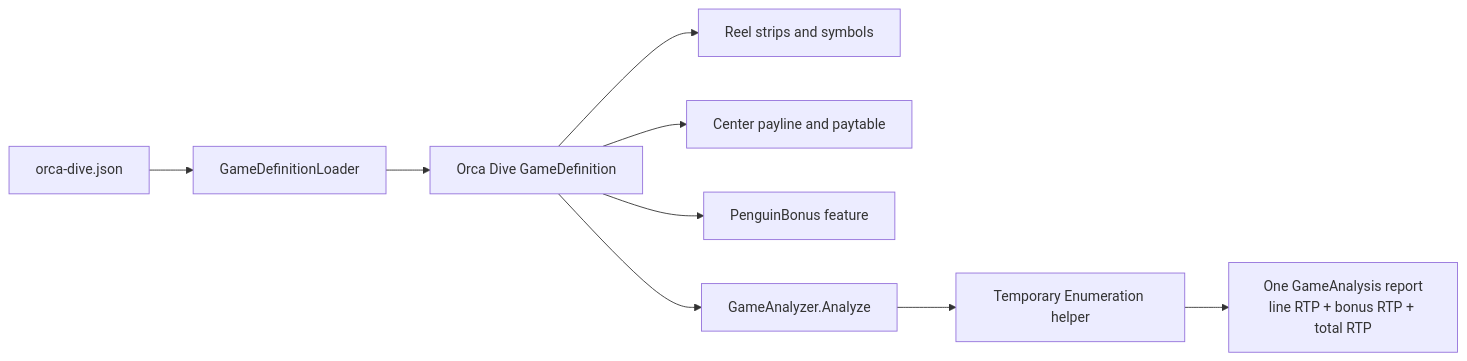
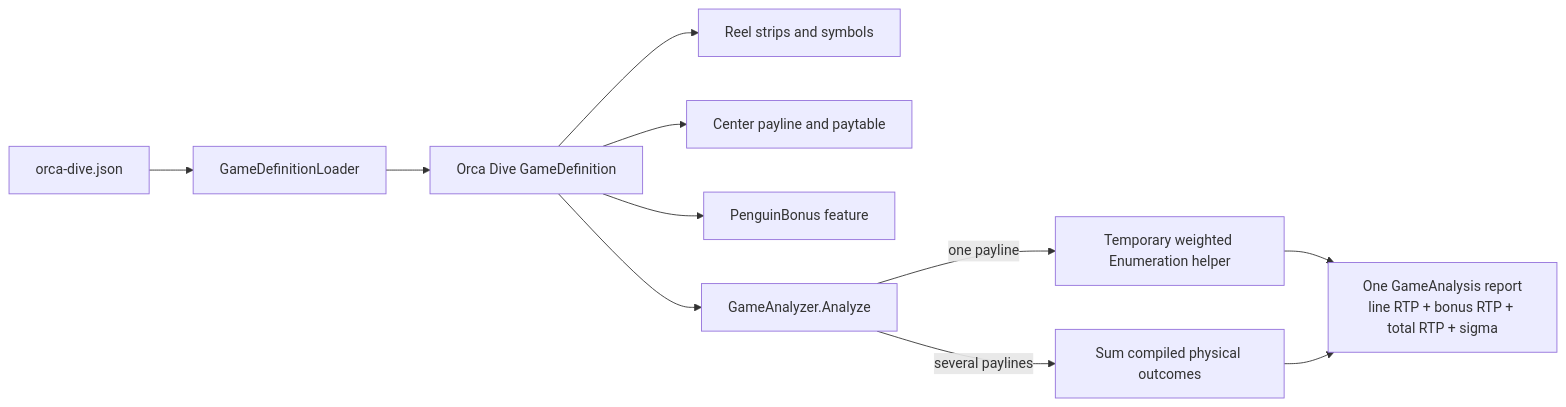
Before and after one commit to mmpworks/MMP.SlotDemo: the second of 4 diagrams in docs/articles/05-weighted-enumeration.md, drawn with Mermaid. The commit also changed other lines of this file and 1 other file, not shown here.

````diff
--- a/docs/articles/05-weighted-enumeration.md
+++ b/docs/articles/05-weighted-enumeration.md
@@ -143,13 +205,15 @@
 ```mermaid
 flowchart LR
     FILE["orca-dive.json"] --> LOAD["GameDefinitionLoader"]
     LOAD --> GAME["Orca Dive GameDefinition"]
 
     GAME --> REELS["Reel strips and symbols"]
     GAME --> LINE["Center payline and paytable"]
     GAME --> BONUS["PenguinBonus feature"]
 
     GAME --> ANALYZE["GameAnalyzer.Analyze"]
-    ANALYZE --> ENUM["Temporary Enumeration helper"]
-    ENUM --> REPORT["One GameAnalysis report<br/>line RTP + bonus RTP + total RTP"]
+    ANALYZE -->|"one payline"| ENUM["Temporary weighted Enumeration helper"]
+    ANALYZE -->|"several paylines"| PHYSICAL["Sum compiled physical outcomes"]
+    ENUM --> REPORT["One GameAnalysis report<br/>line RTP + bonus RTP + total RTP + sigma"]
+    PHYSICAL --> REPORT
 ```
````
